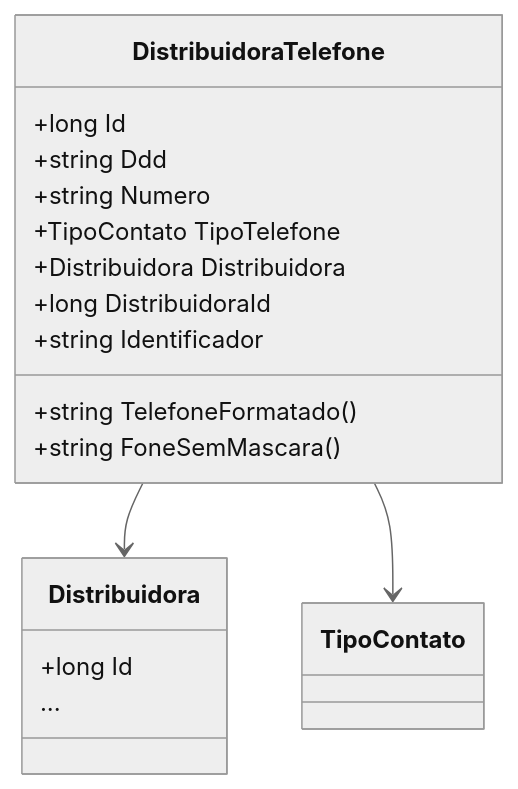
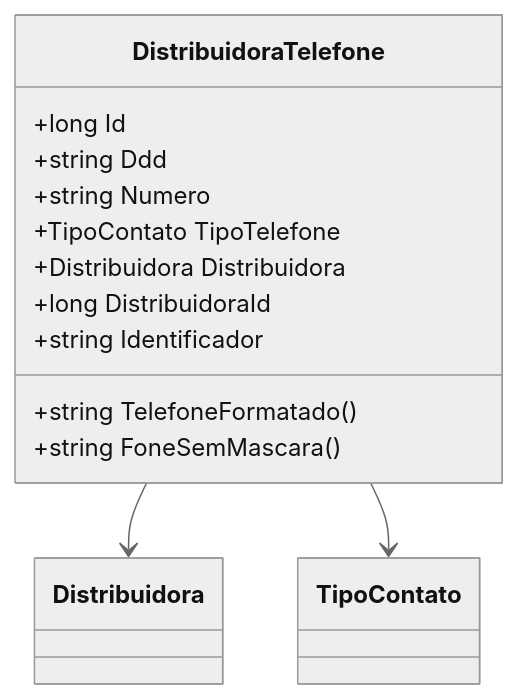
Before and after one commit to IsthmusSistemas/documentacao-tecnica: the second of 2 diagrams in docs/b2b-dominio/IsthmusWinthor.Nucleo/IsthmusWinthor.Dominio/Entidades/DistribuidoraTelefone.md, drawn with Mermaid (neutral theme). The commit also changed other lines of this file and 882 other files, not shown here.

````diff
--- a/docs/b2b-dominio/IsthmusWinthor.Nucleo/IsthmusWinthor.Dominio/Entidades/DistribuidoraTelefone.md
+++ b/docs/b2b-dominio/IsthmusWinthor.Nucleo/IsthmusWinthor.Dominio/Entidades/DistribuidoraTelefone.md
@@ -55,20 +57,20 @@
 ```mermaid
 classDiagram
     class DistribuidoraTelefone {
         +long Id
         +string Ddd
         +string Numero
         +TipoContato TipoTelefone
         +Distribuidora Distribuidora
         +long DistribuidoraId
         +string Identificador
         +string TelefoneFormatado()
         +string FoneSemMascara()
     }
-    class Distribuidora {
-        +long Id
-        ...
-    }
+    
+    class TipoContato
+    class Distribuidora
+
     DistribuidoraTelefone --> Distribuidora
     DistribuidoraTelefone --> TipoContato
 ```
````
